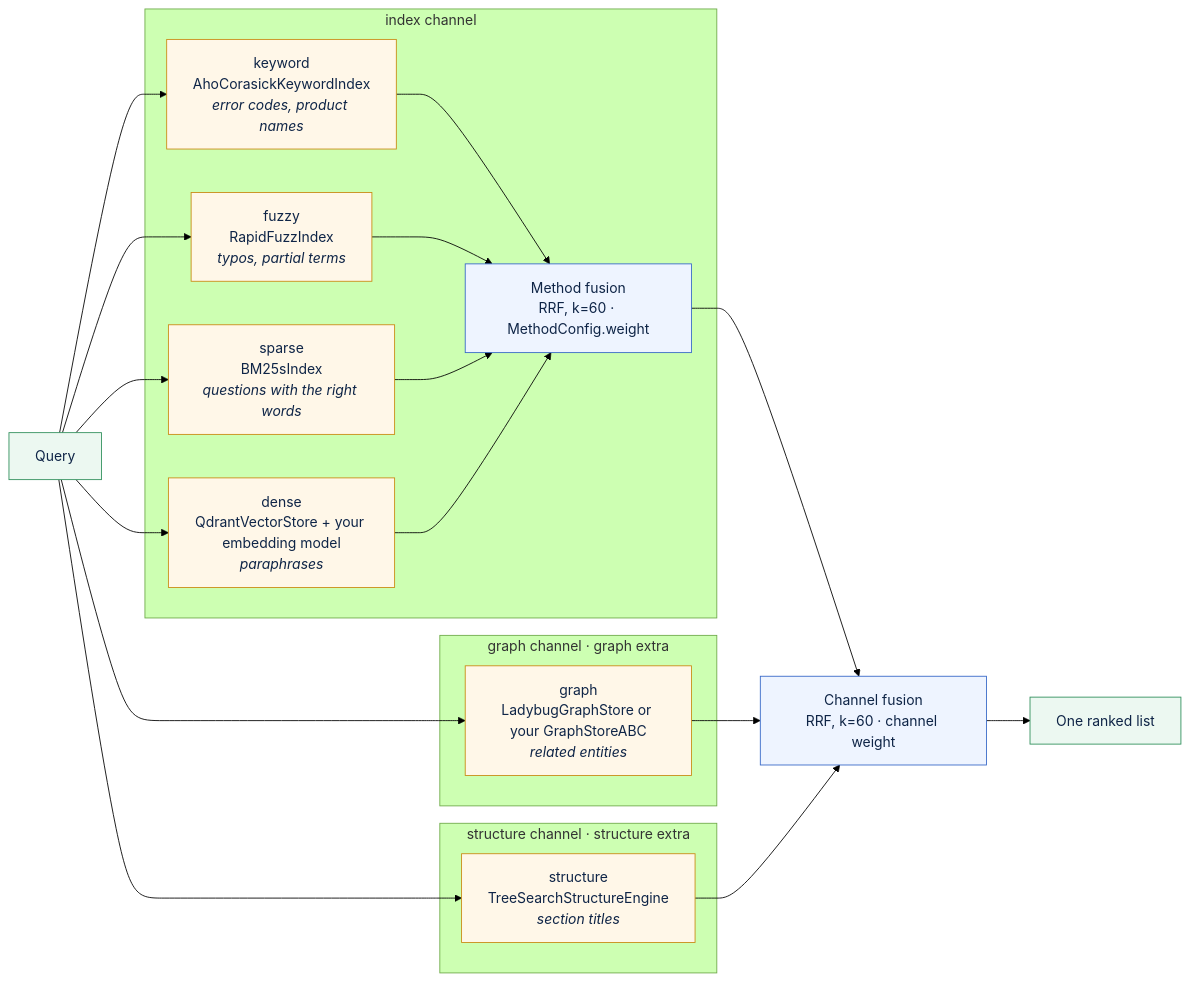
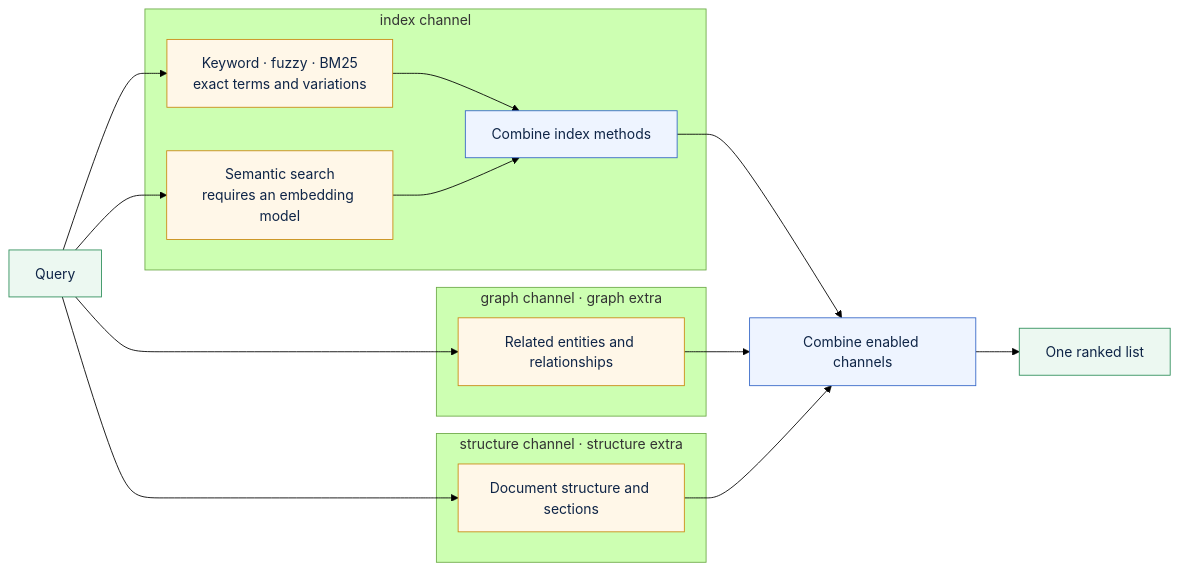
Before and after one commit to smuniharish/retrievalloom: the diagram in diagrams/channels-and-fusion.mmd, drawn with Mermaid (forest theme). The commit also changed 57 other files, not shown here.

```diff
--- a/diagrams/channels-and-fusion.mmd
+++ b/diagrams/channels-and-fusion.mmd
@@ -1,34 +1,32 @@
 flowchart LR
     classDef app fill:#ecf8f1,stroke:#2f8f5b,color:#0f2547
     classDef core fill:#eef4ff,stroke:#3567c7,color:#0f2547
     classDef provider fill:#fff7e8,stroke:#c98a12,color:#0f2547
 
     query["Query"]:::app
 
     subgraph IndexChannel["index channel"]
-        keyword["keyword<br/>AhoCorasickKeywordIndex<br/><i>error codes, product names</i>"]:::provider
-        fuzzy["fuzzy<br/>RapidFuzzIndex<br/><i>typos, partial terms</i>"]:::provider
-        sparse["sparse<br/>BM25sIndex<br/><i>questions with the right words</i>"]:::provider
-        dense["dense<br/>QdrantVectorStore + your embedding model<br/><i>paraphrases</i>"]:::provider
-        methodfusion["Method fusion<br/>RRF, k=60 · MethodConfig.weight"]:::core
+        lexical["Keyword · fuzzy · BM25<br/>exact terms and variations"]:::provider
+        semantic["Semantic search<br/>requires an embedding model"]:::provider
+        methodfusion["Combine index methods"]:::core
     end
 
     subgraph GraphChannel["graph channel · graph extra"]
-        graphch["graph<br/>LadybugGraphStore or your GraphStoreABC<br/><i>related entities</i>"]:::provider
+        graphch["Related entities and relationships"]:::provider
     end
 
     subgraph StructureChannel["structure channel · structure extra"]
-        structure["structure<br/>TreeSearchStructureEngine<br/><i>section titles</i>"]:::provider
+        structure["Document structure and sections"]:::provider
     end
 
-    channelfusion["Channel fusion<br/>RRF, k=60 · channel weight"]:::core
+    channelfusion["Combine enabled channels"]:::core
     ranked["One ranked list"]:::app
 
-    query --> keyword & fuzzy & sparse & dense
+    query --> lexical & semantic
     query --> graphch
     query --> structure
-    keyword & fuzzy & sparse & dense --> methodfusion
+    lexical & semantic --> methodfusion
     methodfusion --> channelfusion
     graphch --> channelfusion
     structure --> channelfusion
     channelfusion --> ranked
```
